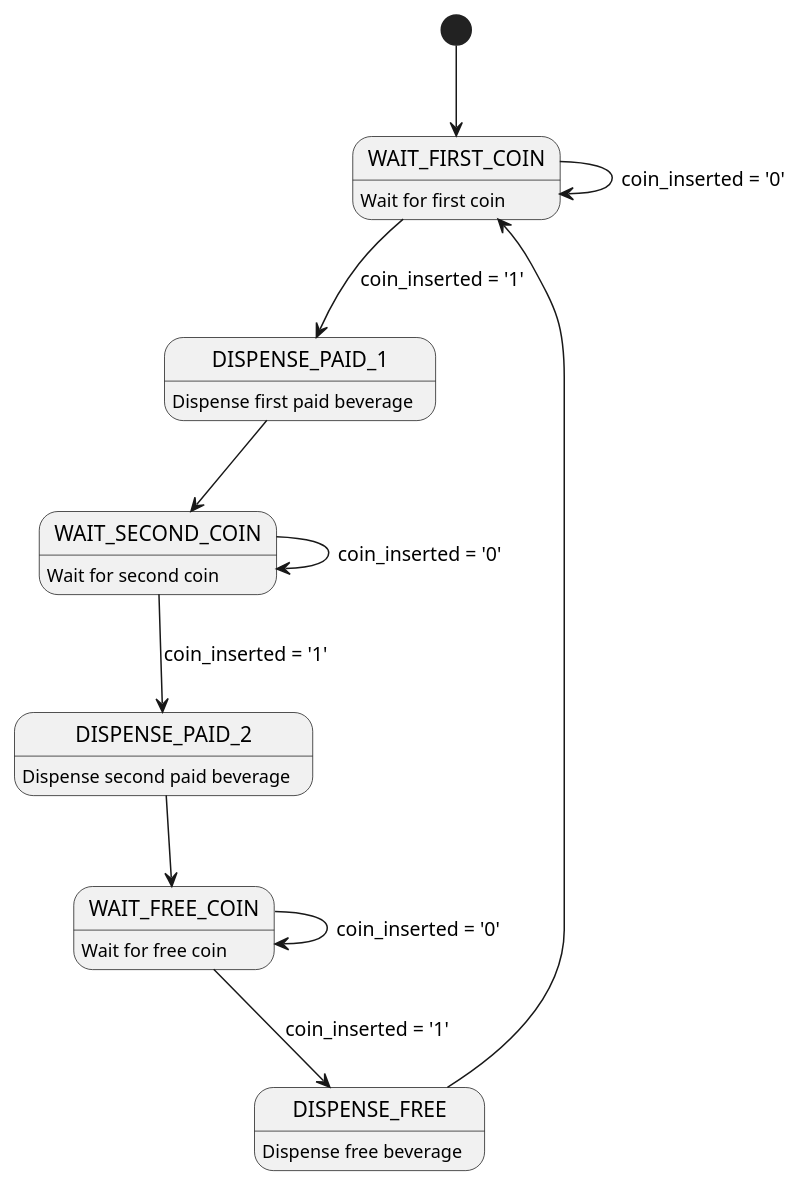
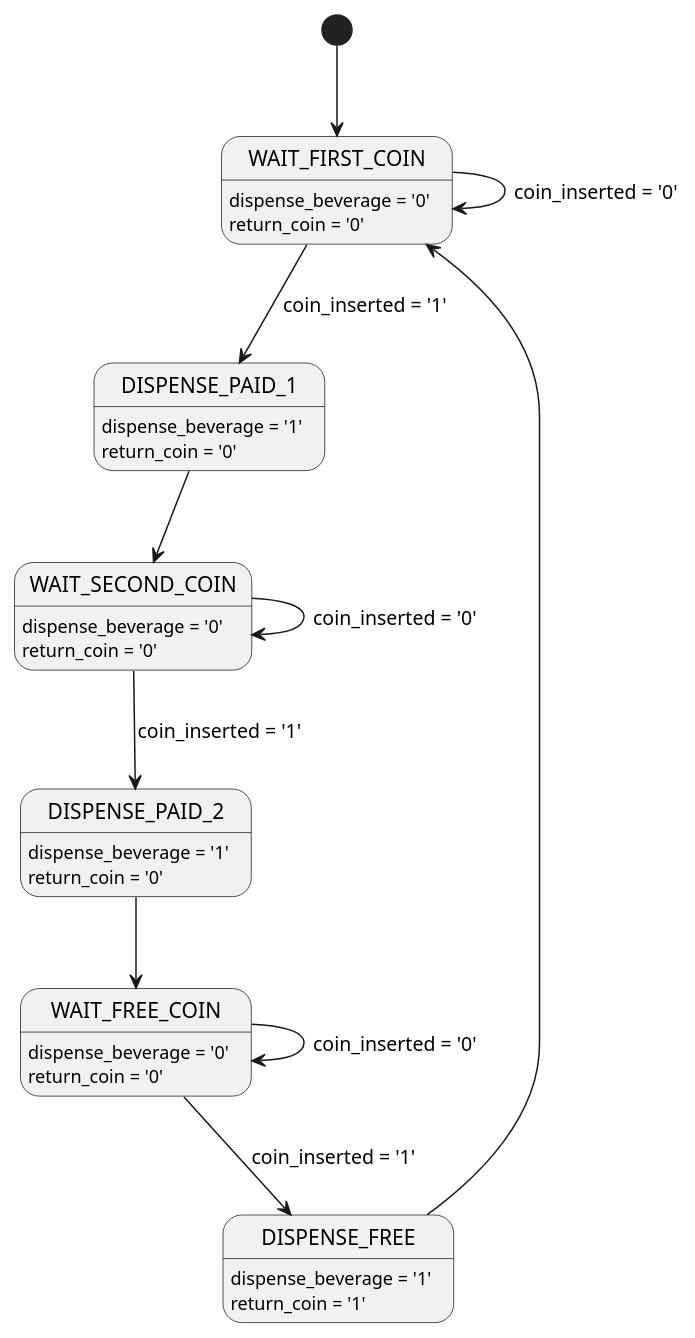
One commit to stbenjam/vhdl-vending-machine changed the diagram in vending_machine.puml. Above: the diagram before and after it, drawn with PlantUML. The commit also changed 1 other file, not shown here.

```diff
--- a/vending_machine.puml
+++ b/vending_machine.puml
@@ -1,27 +1,27 @@
 @startuml
 
 [*] --> WAIT_FIRST_COIN
 
-WAIT_FIRST_COIN: Wait for first coin
-DISPENSE_PAID_1: Dispense first paid beverage
-WAIT_SECOND_COIN: Wait for second coin
-DISPENSE_PAID_2: Dispense second paid beverage
-WAIT_FREE_COIN: Wait for free coin
-DISPENSE_FREE: Dispense free beverage
+WAIT_FIRST_COIN:  dispense_beverage = '0'\nreturn_coin = '0'
+DISPENSE_PAID_1:  dispense_beverage = '1'\nreturn_coin = '0'
+WAIT_SECOND_COIN: dispense_beverage = '0'\nreturn_coin = '0'
+DISPENSE_PAID_2:  dispense_beverage = '1'\nreturn_coin = '0'
+WAIT_FREE_COIN:   dispense_beverage = '0'\nreturn_coin = '0'
+DISPENSE_FREE:    dispense_beverage = '1'\nreturn_coin = '1'
 
 WAIT_FIRST_COIN --> DISPENSE_PAID_1 : coin_inserted = '1'
 WAIT_FIRST_COIN --> WAIT_FIRST_COIN : coin_inserted = '0'
 
 DISPENSE_PAID_1 --> WAIT_SECOND_COIN
 
 WAIT_SECOND_COIN --> DISPENSE_PAID_2 : coin_inserted = '1'
 WAIT_SECOND_COIN --> WAIT_SECOND_COIN : coin_inserted = '0'
 
 DISPENSE_PAID_2 --> WAIT_FREE_COIN
 
 WAIT_FREE_COIN --> DISPENSE_FREE : coin_inserted = '1'
 WAIT_FREE_COIN --> WAIT_FREE_COIN : coin_inserted = '0'
 
 DISPENSE_FREE --> WAIT_FIRST_COIN
 
 @enduml
```
